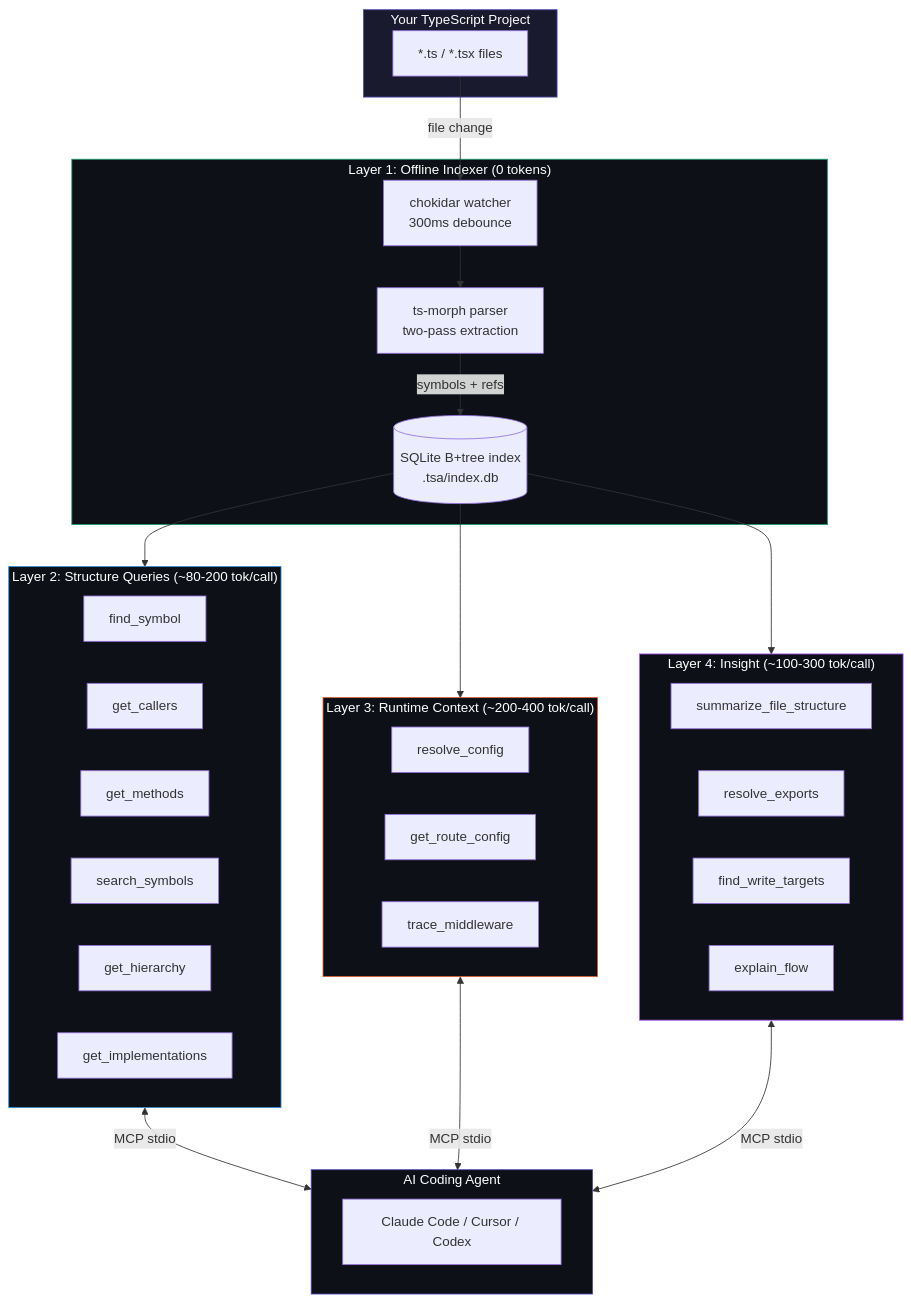
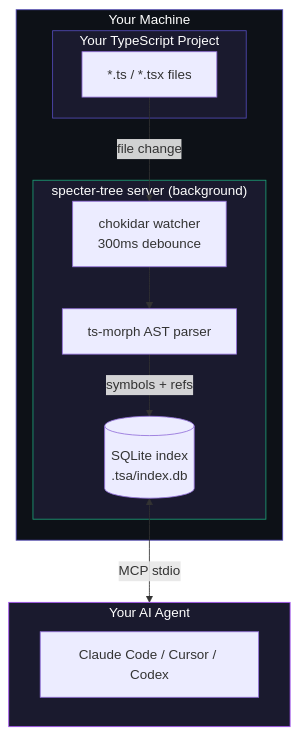
The first of 2 diagrams in README.md (DinoQuinten/specter-tree), drawn with Mermaid before and after one commit. The commit also changed other lines of this file and 43 other files, not shown here.

````diff
--- a/README.md
+++ b/README.md
@@ -108,55 +94,28 @@
 ```mermaid
 flowchart TB
-    subgraph Project["Your TypeScript Project"]
-        FS["*.ts / *.tsx files"]
+    subgraph YourMachine["Your Machine"]
+        subgraph Project["Your TypeScript Project"]
+            FS["*.ts / *.tsx files"]
+        end
+
+        subgraph Server["specter-tree server (background)"]
+            CK["chokidar watcher\n300ms debounce"]
+            PM["ts-morph AST parser"]
+            DB[("SQLite index\n.tsa/index.db")]
+        end
     end
 
-    subgraph Indexer["Layer 1: Offline Indexer (0 tokens)"]
-        CK["chokidar watcher\n300ms debounce"]
-        PM["ts-morph parser\ntwo-pass extraction"]
-        DB[("SQLite B+tree index\n.tsa/index.db")]
-    end
-
-    subgraph Tools["Layer 2: Structure Queries (~80-200 tok/call)"]
-        T1["find_symbol"]
-        T2["get_callers"]
-        T3["get_methods"]
-        T4["search_symbols"]
-        T5["get_hierarchy"]
-        T6["get_implementations"]
-    end
-
-    subgraph Runtime["Layer 3: Runtime Context (~200-400 tok/call)"]
-        R1["resolve_config"]
-        R2["get_route_config"]
-        R3["trace_middleware"]
-    end
-
-    subgraph Insight["Layer 4: Insight (~100-300 tok/call)"]
-        I1["summarize_file_structure"]
-        I2["resolve_exports"]
-        I3["find_write_targets"]
-        I4["explain_flow"]
-    end
-
-    subgraph Agent["AI Coding Agent"]
+    subgraph Agent["Your AI Agent"]
         CC["Claude Code / Cursor / Codex"]
     end
 
     FS -->|file change| CK
     CK --> PM
     PM -->|symbols + refs| DB
-    DB --> Tools
-    DB --> Runtime
-    DB --> Insight
-    Tools <-->|MCP stdio| Agent
-    Runtime <-->|MCP stdio| Agent
-    Insight <-->|MCP stdio| Agent
+    DB <-->|MCP stdio| Agent
 
+    style YourMachine fill:#0d1117,stroke:#534AB7,color:#fff
     style Project fill:#1a1a2e,stroke:#534AB7,color:#fff
-    style Indexer fill:#0d1117,stroke:#1D9E75,color:#fff
-    style Tools fill:#0d1117,stroke:#378ADD,color:#fff
-    style Runtime fill:#0d1117,stroke:#D85A30,color:#fff
-    style Insight fill:#0d1117,stroke:#a855f7,color:#fff
-    style Agent fill:#0d1117,stroke:#534AB7,color:#fff
+    style Server fill:#1a1a2e,stroke:#1D9E75,color:#fff
+    style Agent fill:#1a1a2e,stroke:#a855f7,color:#fff
 ```
````
